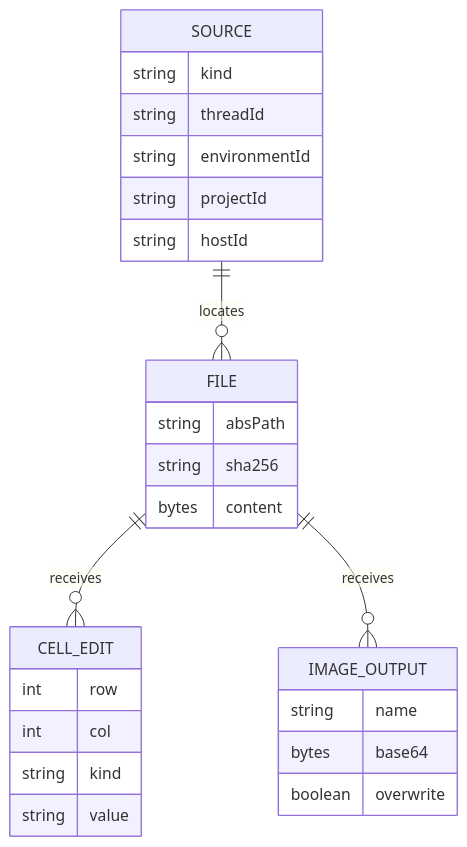
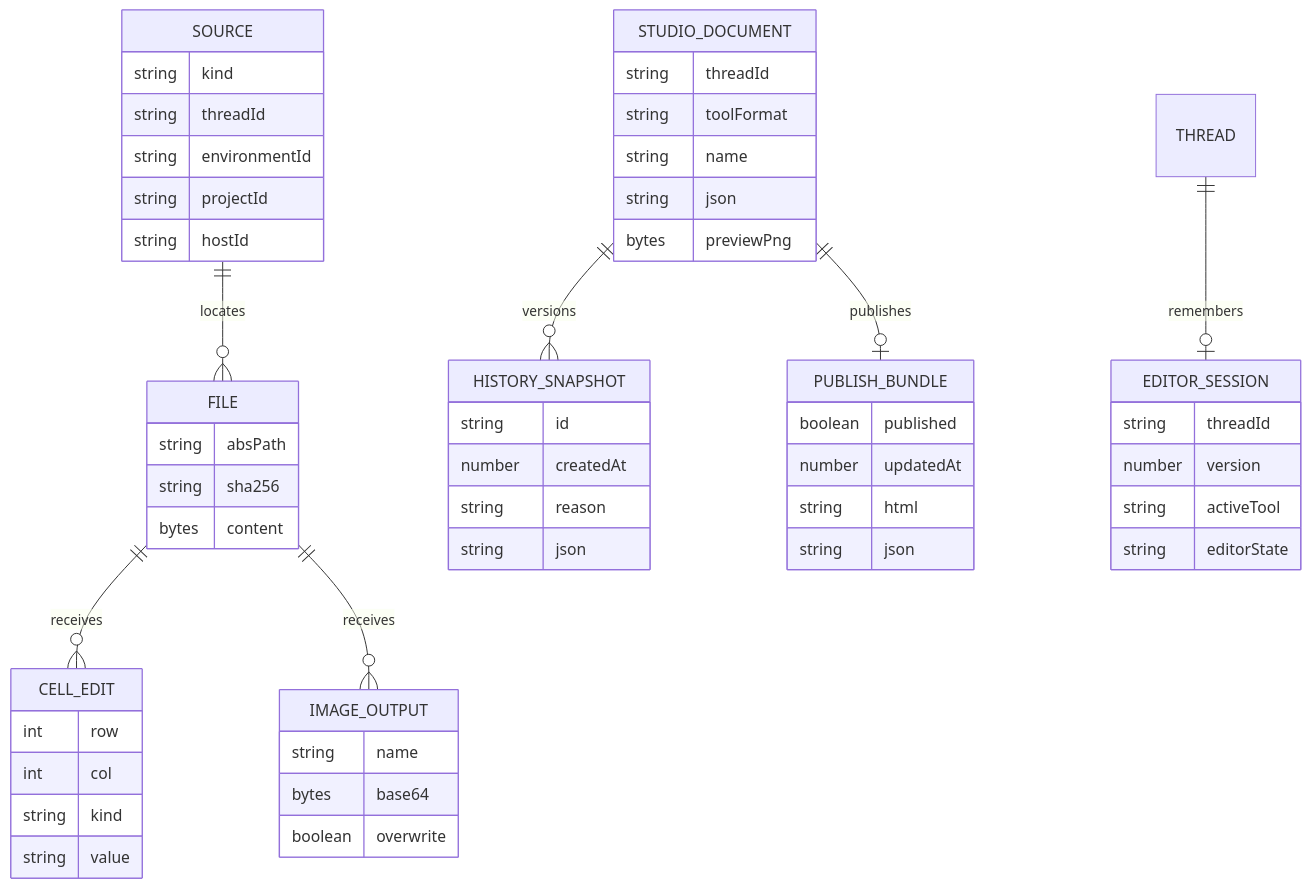
One commit to VKirill/bb-plugin-office-viewer changed the diagram in docs/data-model.md. Above: the diagram before and after it, drawn with Mermaid. The commit also changed other lines of this file and 15 other files, not shown here.

````diff
--- a/docs/data-model.md
+++ b/docs/data-model.md
@@ -27,29 +41,57 @@
 ```mermaid
 erDiagram
   SOURCE ||--o{ FILE : locates
   FILE ||--o{ CELL_EDIT : receives
   FILE ||--o{ IMAGE_OUTPUT : receives
   SOURCE {
     string kind
     string threadId
     string environmentId
     string projectId
     string hostId
   }
   FILE {
     string absPath
     string sha256
     bytes content
   }
   CELL_EDIT {
     int row
     int col
     string kind
     string value
   }
   IMAGE_OUTPUT {
     string name
     bytes base64
     boolean overwrite
   }
+  STUDIO_DOCUMENT ||--o{ HISTORY_SNAPSHOT : versions
+  STUDIO_DOCUMENT ||--o| PUBLISH_BUNDLE : publishes
+  THREAD ||--o| EDITOR_SESSION : remembers
+  STUDIO_DOCUMENT {
+    string threadId
+    string toolFormat
+    string name
+    string json
+    bytes previewPng
+  }
+  HISTORY_SNAPSHOT {
+    string id
+    number createdAt
+    string reason
+    string json
+  }
+  PUBLISH_BUNDLE {
+    boolean published
+    number updatedAt
+    string html
+    string json
+  }
+  EDITOR_SESSION {
+    string threadId
+    number version
+    string activeTool
+    string editorState
+  }
 ```
````
